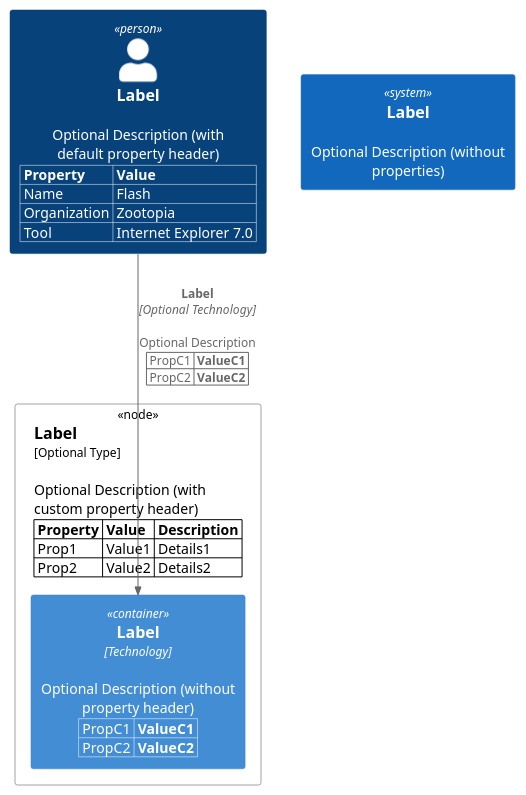
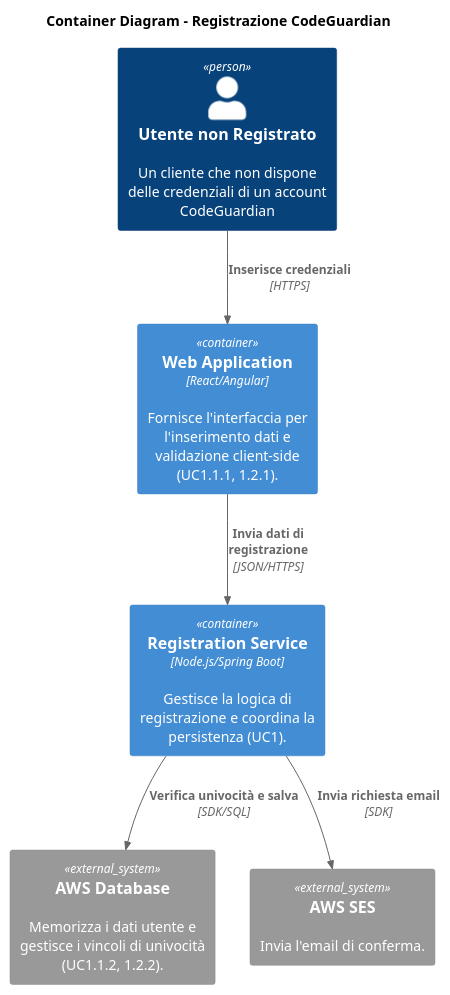
Before and after one commit to SkarabGroup/DocumentazioneProgetto: the diagram in assets/st_diagrams/context/plantuml/prova.plantuml, drawn with PlantUML. The commit also changed 2 other files, not shown here.

Commit message:
Verifica ST v0.2.0

```diff
--- a/assets/st_diagrams/context/plantuml/prova.plantuml
+++ b/assets/st_diagrams/context/plantuml/prova.plantuml
@@ -1,28 +1,18 @@
-@startuml prova
-!include https://raw.githubusercontent.com/plantuml-stdlib/C4-PlantUML/master/C4_Deployment.puml
+@startuml Registration
+!include https://raw.githubusercontent.com/plantuml-stdlib/C4-PlantUML/master/C4_Container.puml
 
-' default header Property, Value
-AddProperty("Name", "Flash")
-AddProperty("Organization", "Zootopia")
-AddProperty("Tool", "Internet Explorer 7.0")
-Person(personAlias, "Label", "Optional Description (with default property header)")
+title Container Diagram - Registrazione CodeGuardian
 
-SetPropertyHeader("Property","Value", "Description")
-AddProperty("Prop1", "Value1", "Details1")
-AddProperty("Prop2", "Value2", "Details2")
-Deployment_Node_L(nodeAlias, "Label", "Optional Type", "Optional Description (with custom property header)") {
+Person(user, "Utente non Registrato", "Un cliente che non dispone delle credenziali di un account CodeGuardian")
 
-  WithoutPropertyHeader()
-  AddProperty("PropC1", "ValueC1")
-  AddProperty("PropC2", "ValueC2")
-  Container(containerAlias, "Label", "Technology", "Optional Description (without property header)")
-}
+    Container(web_app, "Web Application", "React/Angular", "Fornisce l'interfaccia per l'inserimento dati e validazione client-side (UC1.1.1, 1.2.1).")
+    Container(reg_service, "Registration Service", "Node.js/Spring Boot", "Gestisce la logica di registrazione e coordina la persistenza (UC1).")
 
-System(systemAlias, "Label", "Optional Description (without properties)")
+System_Ext(aws_db, "AWS Database", "Memorizza i dati utente e gestisce i vincoli di univocità (UC1.1.2, 1.2.2).")
+System_Ext(aws_ses, "AWS SES", "Invia l'email di conferma.")
 
-' starting with v.2.5.0 relationships support properties too
-WithoutPropertyHeader()
-AddProperty("PropC1", "ValueC1")
-AddProperty("PropC2", "ValueC2")
-Rel(personAlias, containerAlias, "Label", "Optional Technology", "Optional Description")
+Rel(user, web_app, "Inserisce credenziali", "HTTPS")
+Rel(web_app, reg_service, "Invia dati di registrazione", "JSON/HTTPS")
+Rel(reg_service, aws_db, "Verifica univocità e salva", "SDK/SQL")
+Rel(reg_service, aws_ses, "Invia richiesta email", "SDK")
 @enduml
```
